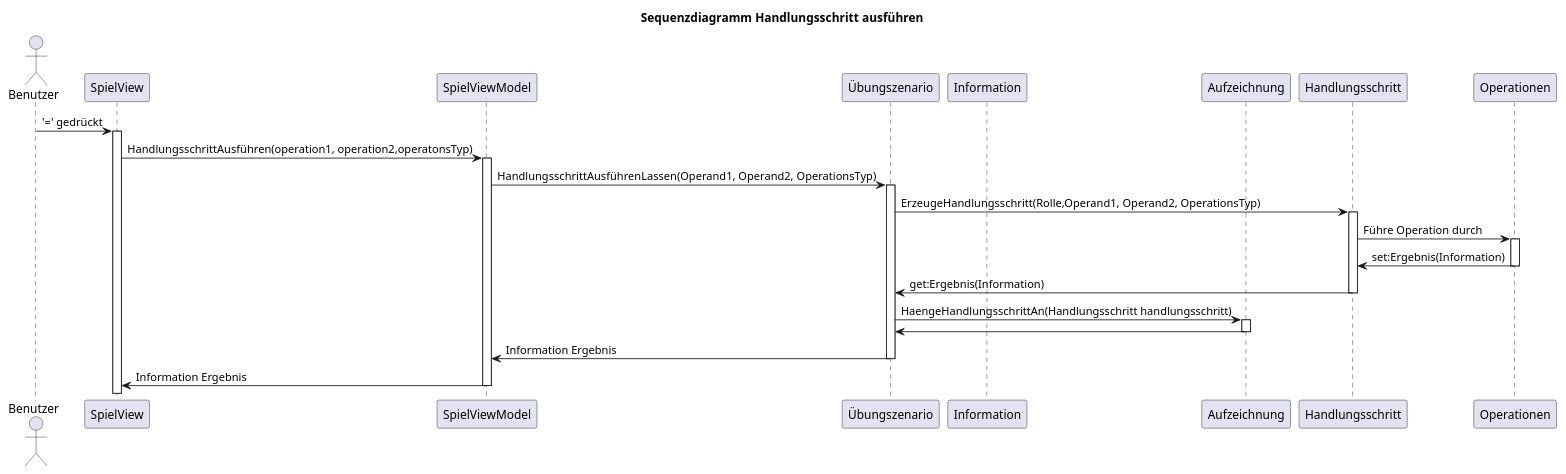
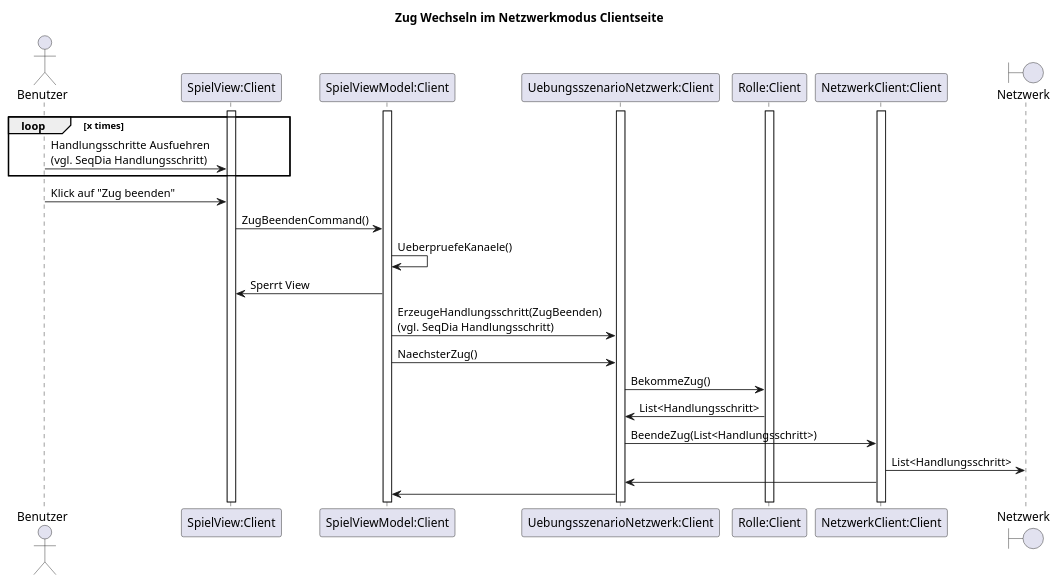
One commit to Jonas-Ha/quakrypto changed the diagram in 02_Entwurf/Sequenzdiagramme/SequenzdiagrammHandlungsschrittAusführen.puml. Above: the diagram before and after it, drawn with PlantUML. The commit also changed 1 other file, not shown here.

```diff
--- a/02_Entwurf/Sequenzdiagramme/SequenzdiagrammHandlungsschrittAusführen.puml
+++ b/02_Entwurf/Sequenzdiagramme/SequenzdiagrammHandlungsschrittAusführen.puml
@@ -2,49 +1,36 @@
-@startuml Handlungsschritt
-title Sequenzdiagramm Handlungsschritt ausführen
+@startuml SequenzdiagrammZugWechselNetzwerk
+title Zug Wechseln im Netzwerkmodus Clientseite
 
 actor Benutzer
-participant "SpielView" as G
-participant "SpielViewModel" as A
-Participant "Übungszenario" as B
-Participant "Information" as H
-participant "Aufzeichnung" as C
+participant "SpielView:Client" as SV
+participant "SpielViewModel:Client" as SVM
+participant "UebungsszenarioNetzwerk:Client" as U
+participant "Rolle:Client" as R
+participant "NetzwerkClient:Client" as N
+boundary Netzwerk
 
-participant "Handlungsschritt" as D
-participant "Operationen" as F
+activate SV
+activate SVM
+activate U
+activate N
+activate R
+
+loop x times
+    Benutzer -> SV: Handlungsschritte Ausfuehren \n(vgl. SeqDia Handlungsschritt)
+end
+
+Benutzer -> SV: Klick auf "Zug beenden"
+SV -> SVM:ZugBeendenCommand()
+SVM -> SVM:UeberpruefeKanaele()
+SVM -> SV:Sperrt View
+SVM -> U:ErzeugeHandlungsschritt(ZugBeenden)\n(vgl. SeqDia Handlungsschritt)
+SVM -> U:NaechsterZug()
+U -> R:BekommeZug()
+R -> U: List<Handlungsschritt>
+U -> N:BeendeZug(List<Handlungsschritt>)
+N -> Netzwerk : List<Handlungsschritt>
+N ->U
+U -> SVM
 
 
-Benutzer -> G: '=' gedrückt
-activate G
-
-G->A:HandlungsschrittAusführen(operation1, operation2,operatonsTyp)
-activate A
-
-A-> B: HandlungsschrittAusführenLassen(Operand1, Operand2, OperationsTyp)
-activate B
-
-B -> D: ErzeugeHandlungsschritt(Rolle,Operand1, Operand2, OperationsTyp)
-activate D
-
-
-D -> F: Führe Operation durch
-activate F
-
-F->D: set:Ergebnis(Information)
-deactivate F
-
-D -> B: get:Ergebnis(Information)
-deactivate D
-
-B -> C: HaengeHandlungsschrittAn(Handlungsschritt handlungsschritt)
-activate C
-
-C->B:
-deactivate C
-
-B->A: Information Ergebnis
-deactivate B
-
-A -> G: Information Ergebnis
-deactivate A
-
 @enduml
```
